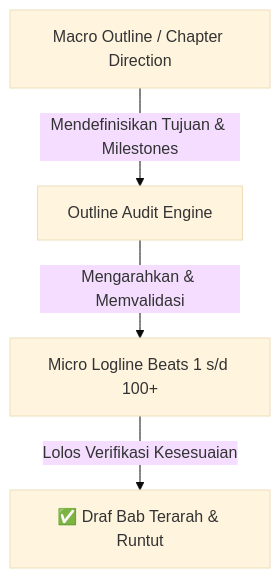
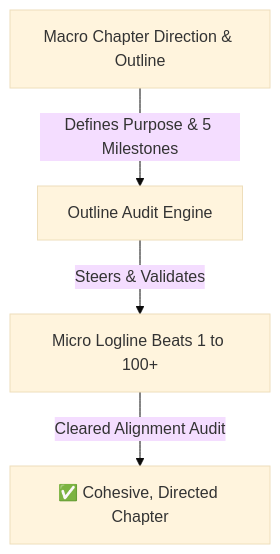
One commit to dwianggororeal/detailed-novel-agent-skill changed the first of 2 diagrams in logline_skill_framework/OUTLINE_AND_DIRECTION_AUDIT.md. Above: the diagram before and after it, drawn with Mermaid (base theme). The commit also changed other lines of this file and 57 other files, not shown here.

````diff
--- a/logline_skill_framework/OUTLINE_AND_DIRECTION_AUDIT.md
+++ b/logline_skill_framework/OUTLINE_AND_DIRECTION_AUDIT.md
@@ -9,6 +9,6 @@
 ```mermaid
 graph TD
-    A[Macro Outline / Chapter Direction] -->|Mendefinisikan Tujuan & Milestones| B[Outline Audit Engine]
-    B -->|Mengarahkan & Memvalidasi| C[Micro Logline Beats 1 s/d 100+]
-    C -->|Lolos Verifikasi Kesesuaian| D[✅ Draf Bab Terarah & Runtut]
+    A[Macro Chapter Direction & Outline] -->|Defines Purpose & 5 Milestones| B[Outline Audit Engine]
+    B -->|Steers & Validates| C[Micro Logline Beats 1 to 100+]
+    C -->|Cleared Alignment Audit| D[✅ Cohesive, Directed Chapter]
 ```
````
